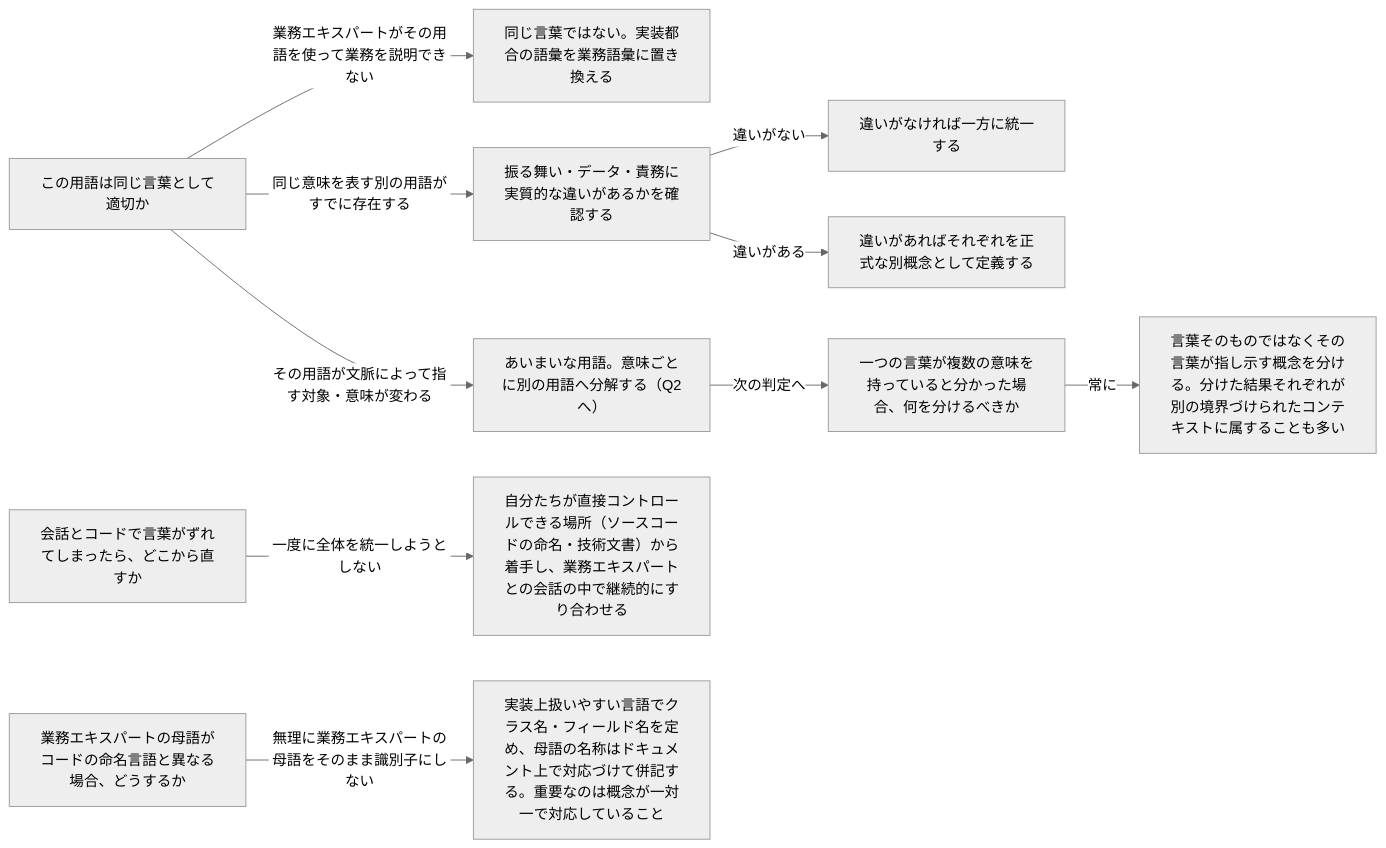
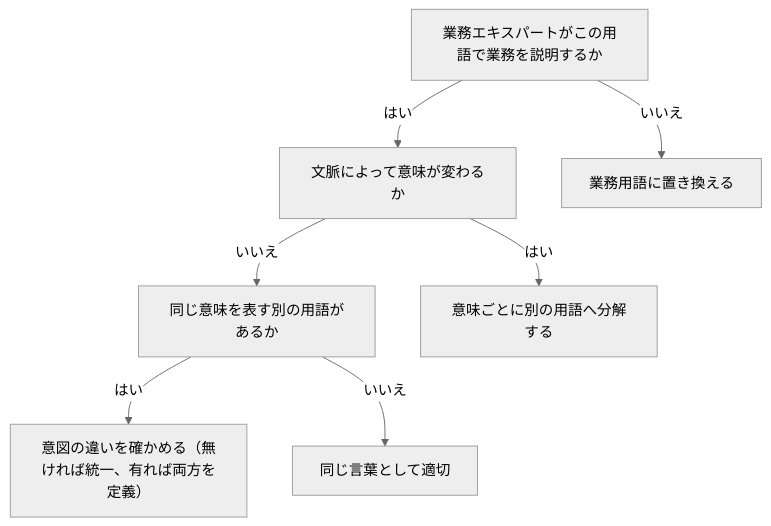
One commit to daidaiiro-519/waffle changed the third of 3 diagrams in .waffle/knowledge/ACTIVE/ubiquitous-language.md. Above: the diagram before and after it, drawn with Mermaid (neutral theme). The commit also changed other lines of this file and 20 other files, not shown here.

````diff
--- a/.waffle/knowledge/ACTIVE/ubiquitous-language.md
+++ b/.waffle/knowledge/ACTIVE/ubiquitous-language.md
@@ -44,24 +143,16 @@
 ```mermaid
-flowchart LR
-    q1["この用語は同じ言葉として適切か"]
-    r1a["同じ言葉ではない。実装都合の語彙を業務語彙に置き換える"]
-    r1b["あいまいな用語。意味ごとに別の用語へ分解する（Q2へ）"]
-    r1c["振る舞い・データ・責務に実質的な違いがあるかを確認する"]
-    r1c1["違いがなければ一方に統一する"]
-    r1c2["違いがあればそれぞれを正式な別概念として定義する"]
-    q2["一つの言葉が複数の意味を持っていると分かった場合、何を分けるべきか"]
-    r2["言葉そのものではなくその言葉が指し示す概念を分ける。分けた結果それぞれが別の境界づけられたコンテキストに属することも多い"]
-    q3["会話とコードで言葉がずれてしまったら、どこから直すか"]
-    r3["自分たちが直接コントロールできる場所（ソースコードの命名・技術文書）から着手し、業務エキスパートとの会話の中で継続的にすり合わせる"]
-    q4["業務エキスパートの母語がコードの命名言語と異なる場合、どうするか"]
-    r4["実装上扱いやすい言語でクラス名・フィールド名を定め、母語の名称はドキュメント上で対応づけて併記する。重要なのは概念が一対一で対応していること"]
-    q1 -->|"業務エキスパートがその用語を使って業務を説明できない"| r1a
-    q1 -->|"その用語が文脈によって指す対象・意味が変わる"| r1b
-    q1 -->|"同じ意味を表す別の用語がすでに存在する"| r1c
-    r1c -->|"違いがない"| r1c1
-    r1c -->|"違いがある"| r1c2
-    r1b -->|"次の判定へ"| q2
-    q2 -->|"常に"| r2
-    q3 -->|"一度に全体を統一しようとしない"| r3
-    q4 -->|"無理に業務エキスパートの母語をそのまま識別子にしない"| r4
+flowchart TD
+    n0["業務エキスパートがこの用語で業務を説明するか"]
+    n1["文脈によって意味が変わるか"]
+    n2["同じ意味を表す別の用語があるか"]
+    n3["業務用語に置き換える"]
+    n4["意味ごとに別の用語へ分解する"]
+    n5["意図の違いを確かめる（無ければ統一、有れば両方を定義）"]
+    n6["同じ言葉として適切"]
+    n0 -->|"いいえ"| n3
+    n0 -->|"はい"| n1
+    n1 -->|"はい"| n4
+    n1 -->|"いいえ"| n2
+    n2 -->|"はい"| n5
+    n2 -->|"いいえ"| n6
 ```
````
